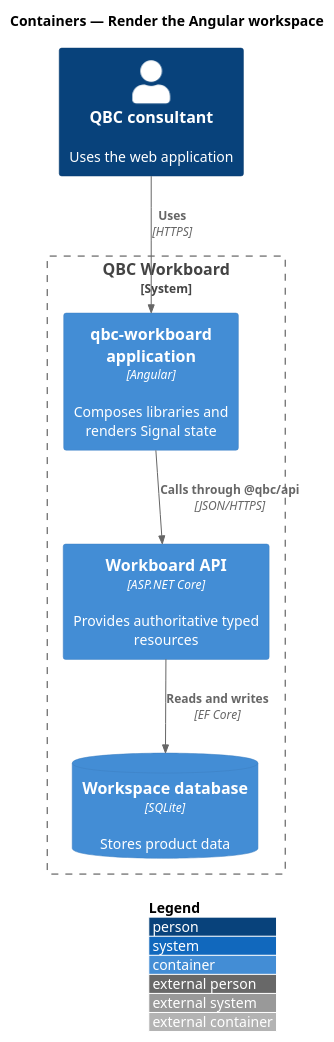
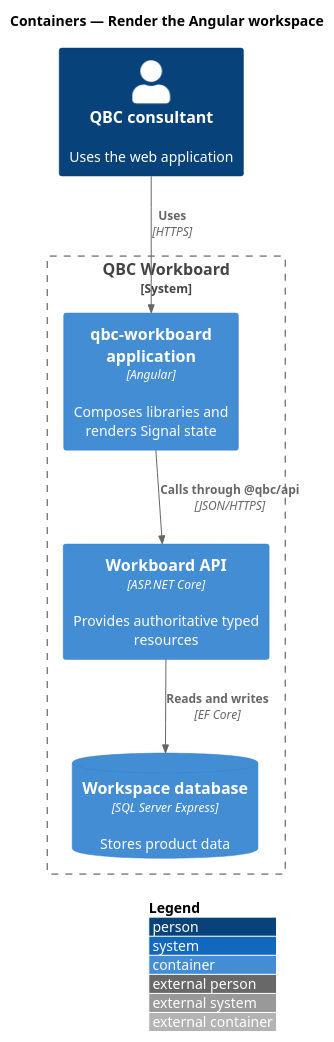
Before and after one commit to QuinntyneBrown/quinntyne-brown-consulting: the diagram in docs/detailed-designs/platform/render-angular-workspace/diagrams/c4-container.puml, drawn with PlantUML. The commit also changed 60 other files, not shown here.

```diff
--- a/docs/detailed-designs/platform/render-angular-workspace/diagrams/c4-container.puml
+++ b/docs/detailed-designs/platform/render-angular-workspace/diagrams/c4-container.puml
@@ -1,16 +1,16 @@
 @startuml
 !include <C4/C4_Container>
 LAYOUT_WITH_LEGEND()
 title Containers — Render the Angular workspace
 
 Person(consultant, "QBC consultant", "Uses the web application")
 System_Boundary(workboard, "QBC Workboard") {
   Container(spa, "qbc-workboard application", "Angular", "Composes libraries and renders Signal state")
   Container(api, "Workboard API", "ASP.NET Core", "Provides authoritative typed resources")
-  ContainerDb(db, "Workspace database", "SQLite", "Stores product data")
+  ContainerDb(db, "Workspace database", "SQL Server Express", "Stores product data")
 }
 
 Rel(consultant, spa, "Uses", "HTTPS")
 Rel(spa, api, "Calls through @qbc/api", "JSON/HTTPS")
 Rel(api, db, "Reads and writes", "EF Core")
 @enduml
```
